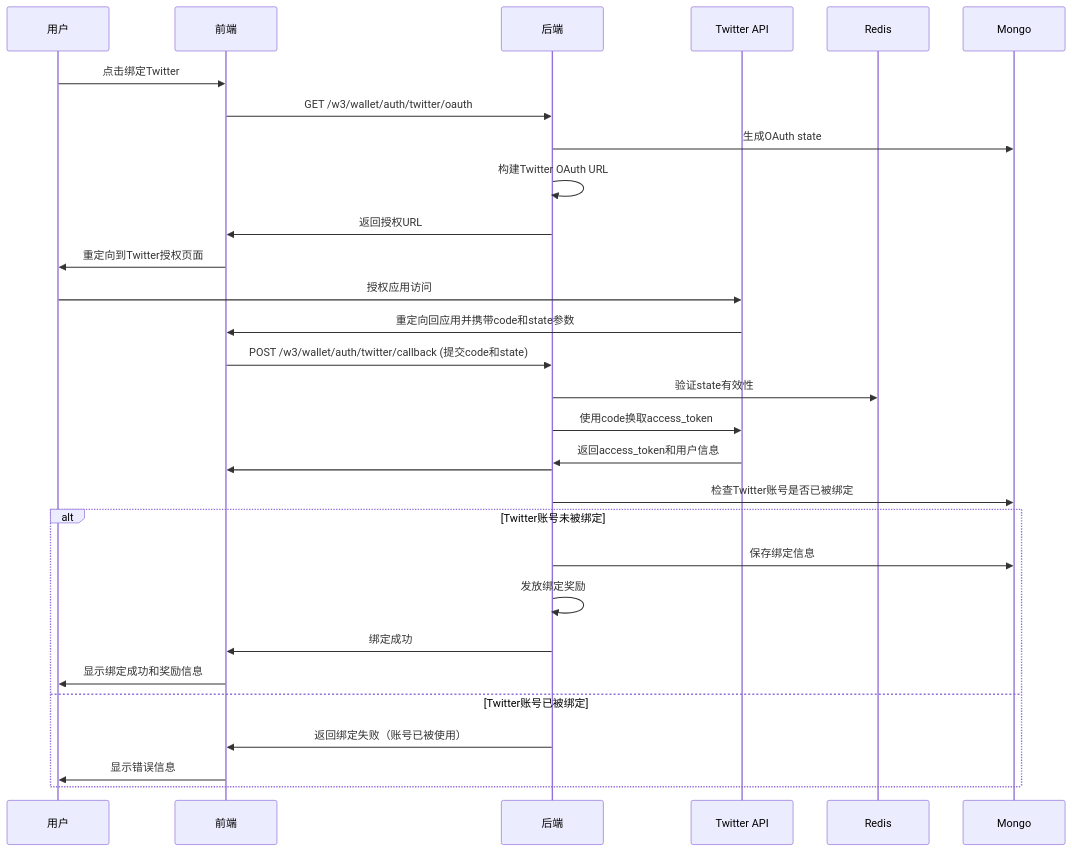
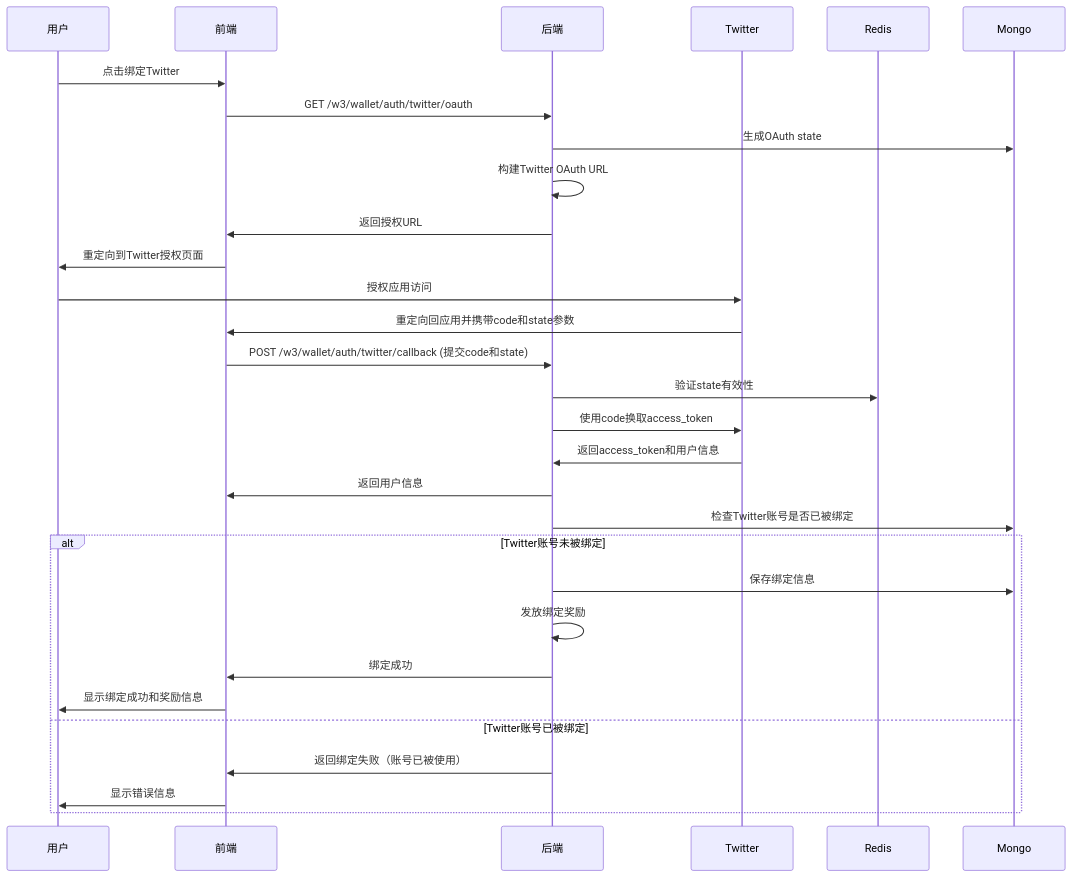
One commit to yingjianzh/iodraw-files changed the diagram in all/未命名-73.md. Above: the diagram before and after it, drawn with Mermaid.

Commit message:
2025-07-07 10:56:57 update

````diff
--- a/all/未命名-73.md
+++ b/all/未命名-73.md
@@ -1,38 +1,38 @@
 ```mermaid
 
 sequenceDiagram
     participant User as 用户
     participant Frontend as 前端
     participant Backend as 后端
-    participant Twitter as Twitter API
+    participant Twitter as Twitter
     participant Redis as Redis
     participant DB as Mongo
 
 
     User->>Frontend: 点击绑定Twitter
     Frontend->>Backend: GET /w3/wallet/auth/twitter/oauth
     Backend->>DB: 生成OAuth state
     Backend->>Backend: 构建Twitter OAuth URL
     Backend->>Frontend: 返回授权URL
     Frontend->>User: 重定向到Twitter授权页面
     
     User->>Twitter: 授权应用访问
     Twitter->>Frontend: 重定向回应用并携带code和state参数
     Frontend->>Backend: POST /w3/wallet/auth/twitter/callback (提交code和state)
     Backend->>Redis: 验证state有效性
     Backend->>Twitter: 使用code换取access_token
     Twitter->>Backend: 返回access_token和用户信息
-    Backend->>Frontend: 
+    Backend->>Frontend: 返回用户信息
     Backend->>DB: 检查Twitter账号是否已被绑定
     
     alt Twitter账号未被绑定
         Backend->>DB: 保存绑定信息
         Backend->>Backend: 发放绑定奖励
         Backend->>Frontend: 绑定成功
         Frontend->>User: 显示绑定成功和奖励信息
     else Twitter账号已被绑定
         Backend->>Frontend: 返回绑定失败（账号已被使用）
         Frontend->>User: 显示错误信息
     end
 
 ```
````
